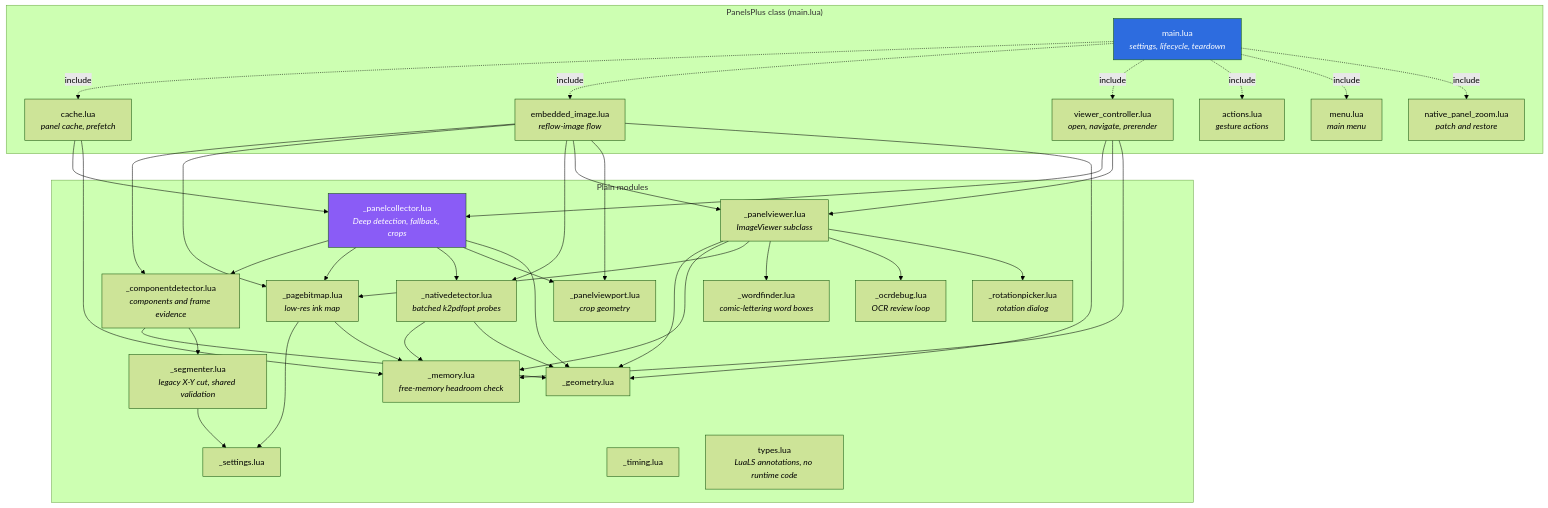
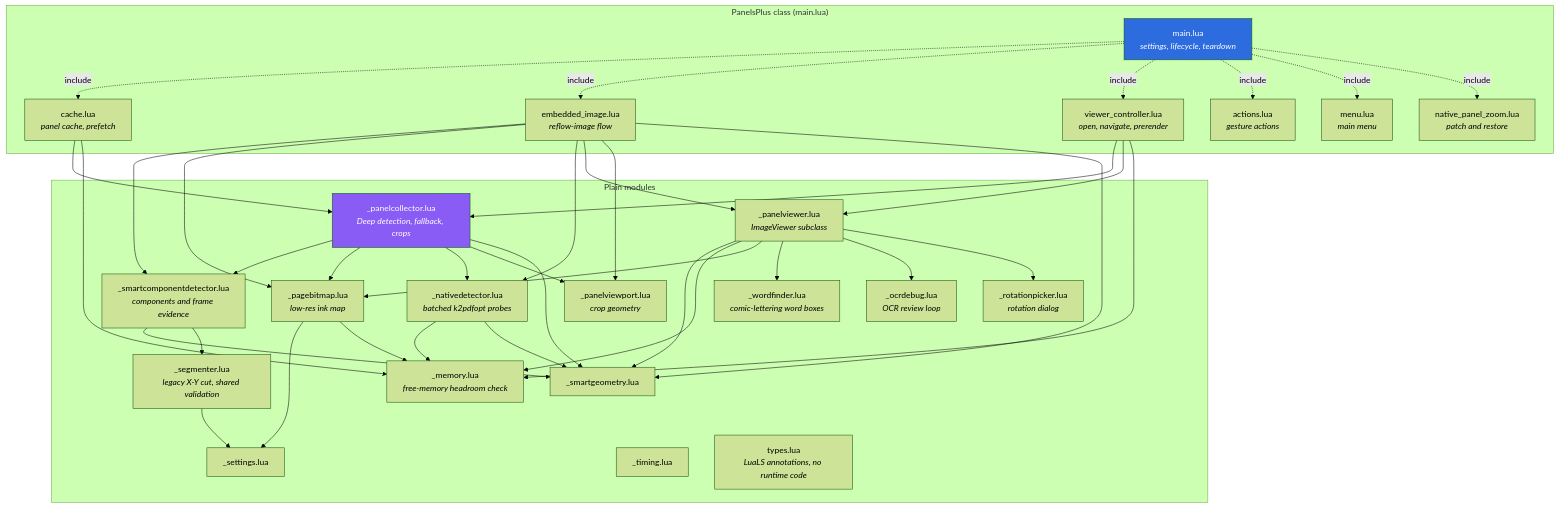
One commit to KristanLaimon/PanelsPlus changed the second of 5 diagrams in docs/ARCHITECTURE.md. Above: the diagram before and after it, drawn with Mermaid (forest theme). The commit also changed other lines of this file and 28 other files, not shown here.

````diff
--- a/docs/ARCHITECTURE.md
+++ b/docs/ARCHITECTURE.md
@@ -57,69 +57,69 @@
 ```mermaid
 flowchart TD
     subgraph pluginclass ["PanelsPlus class (main.lua)"]
         MAIN["main.lua<br/><i>settings, lifecycle, teardown</i>"]
         CACHE["cache.lua<br/><i>panel cache, prefetch</i>"]
         EMB["embedded_image.lua<br/><i>reflow-image flow</i>"]
         VC["viewer_controller.lua<br/><i>open, navigate, prerender</i>"]
         ACT["actions.lua<br/><i>gesture actions</i>"]
         MENU["menu.lua<br/><i>main menu</i>"]
         NPZ["native_panel_zoom.lua<br/><i>patch and restore</i>"]
     end
 
     subgraph plain ["Plain modules"]
         PC["_panelcollector.lua<br/><i>Deep detection, fallback, crops</i>"]
-        CD["_componentdetector.lua<br/><i>components and frame evidence</i>"]
+        CD["_smartcomponentdetector.lua<br/><i>components and frame evidence</i>"]
         SEG["_segmenter.lua<br/><i>legacy X-Y cut, shared validation</i>"]
         PB["_pagebitmap.lua<br/><i>low-res ink map</i>"]
         ND["_nativedetector.lua<br/><i>batched k2pdfopt probes</i>"]
         VP["_panelviewport.lua<br/><i>crop geometry</i>"]
         PV["_panelviewer.lua<br/><i>ImageViewer subclass</i>"]
         WF["_wordfinder.lua<br/><i>comic-lettering word boxes</i>"]
         RP["_rotationpicker.lua<br/><i>rotation dialog</i>"]
         OD["_ocrdebug.lua<br/><i>OCR review loop</i>"]
-        GEO["_geometry.lua"]
+        GEO["_smartgeometry.lua"]
         SET["_settings.lua"]
         TIM["_timing.lua"]
         MEM["_memory.lua<br/><i>free-memory headroom check</i>"]
         TYP["types.lua<br/><i>LuaLS annotations, no runtime code</i>"]
     end
 
     MAIN -.->|include| CACHE
     MAIN -.->|include| EMB
     MAIN -.->|include| VC
     MAIN -.->|include| ACT
     MAIN -.->|include| MENU
     MAIN -.->|include| NPZ
     CACHE --> PC
     CACHE --> MEM
     EMB --> CD
     EMB --> PB
     EMB --> ND
     EMB --> PV
     EMB --> VP
     EMB --> GEO
     VC --> PC
     VC --> PV
     VC --> MEM
     PC --> CD
     PC --> PB
     PC --> ND
     PC --> VP
     PC --> GEO
     CD --> GEO
     CD --> SEG
     ND --> MEM
     ND --> GEO
     SEG --> SET
     PB --> SET
     PB --> MEM
     PV --> GEO
     PV --> MEM
     PV --> PB
     PV --> WF
     PV --> OD
     PV --> RP
 
     style MAIN fill:#2d6cdf,color:#fff
     style PC fill:#8a5cf6,color:#fff
 ```
````
